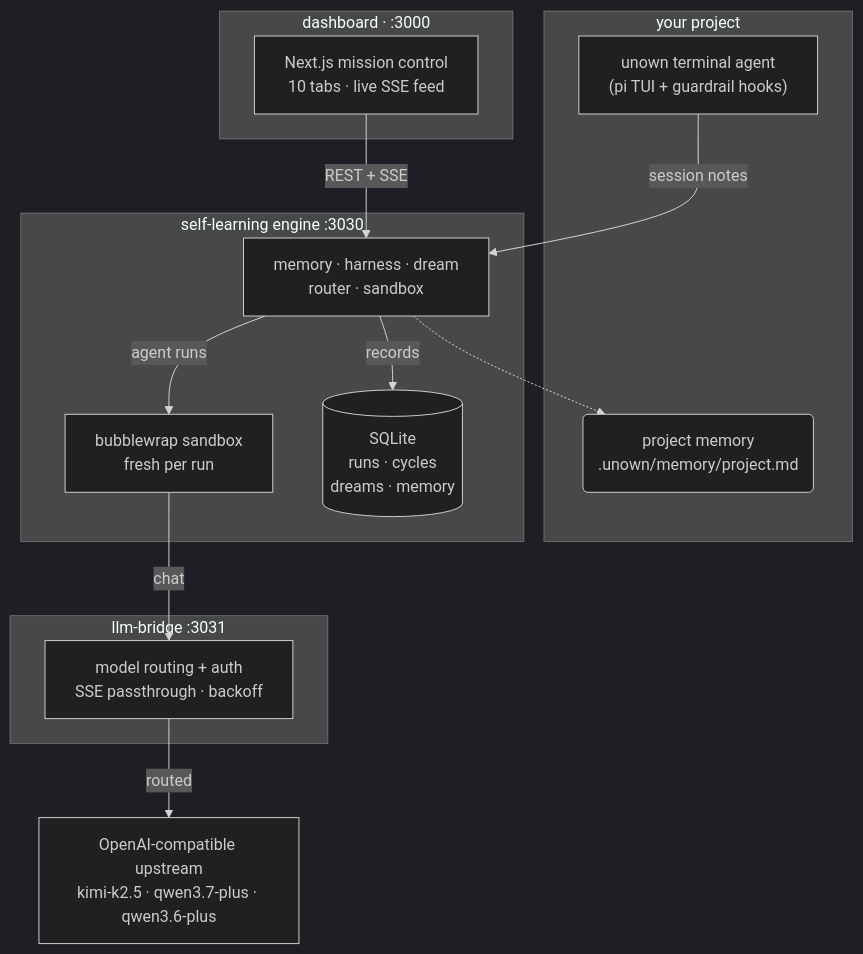
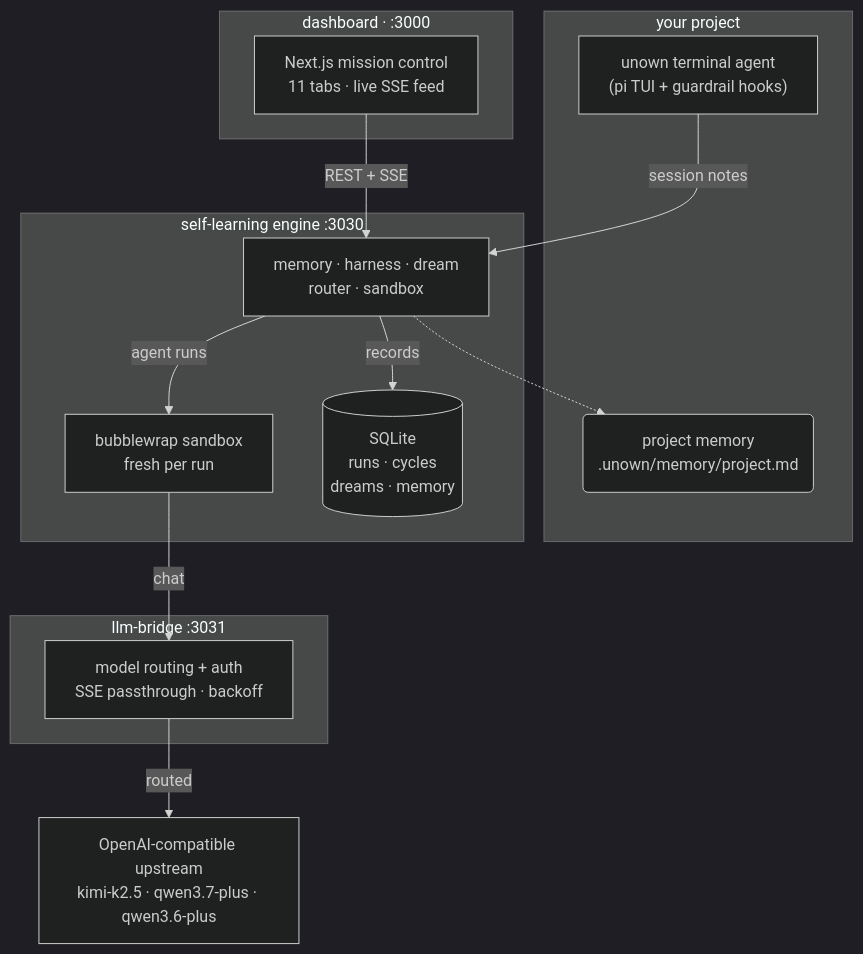
One commit to kanishka-namdeo/Unown changed the first of 2 diagrams in README.md. Above: the diagram before and after it, drawn with Mermaid (dark theme). The commit also changed other lines of this file and 14 other files, not shown here.

````diff
--- a/README.md
+++ b/README.md
@@ -47,27 +47,27 @@
 ```mermaid
 flowchart TB
     subgraph project["your project"]
         TUI["unown terminal agent<br>(pi TUI + guardrail hooks)"]
         PM("project memory<br>.unown/memory/project.md")
     end
     subgraph dash["dashboard · :3000"]
-        UI["Next.js mission control<br>10 tabs · live SSE feed"]
+        UI["Next.js mission control<br>11 tabs · live SSE feed"]
     end
     subgraph engine["self-learning engine :3030"]
         ENG["memory · harness · dream<br>router · sandbox"]
         SB["bubblewrap sandbox<br>fresh per run"]
         DB[("SQLite<br>runs · cycles<br>dreams · memory")]
     end
     subgraph bridge["llm-bridge :3031"]
         BR["model routing + auth<br>SSE passthrough · backoff"]
     end
     LLM["OpenAI-compatible upstream<br>kimi-k2.5 · qwen3.7-plus · qwen3.6-plus"]
 
     TUI -- "session notes" --> ENG
     UI -- "REST + SSE" --> ENG
     ENG -- "agent runs" --> SB
     SB -- "chat" --> BR
     BR -- "routed" --> LLM
     ENG -- "records" --> DB
     ENG -.-> PM
 ```
````
